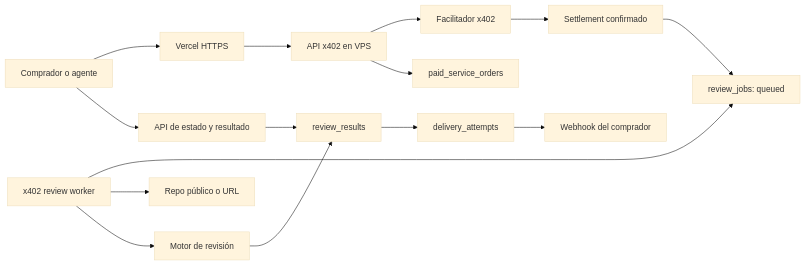
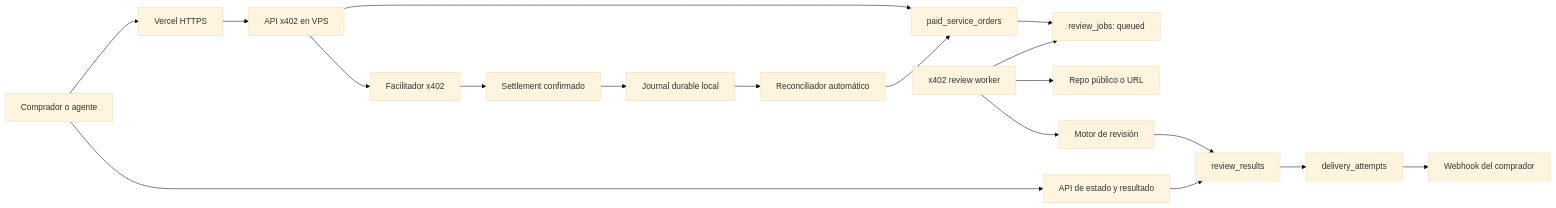
One commit to chico10117/basepay-readiness-service changed the diagram in AUTOMATED_REVIEW_PLAN.md. Above: the diagram before and after it, drawn with Mermaid (base theme). The commit also changed other lines of this file and 11 other files, not shown here.

First line of the commit message:
fix(settlement): add durable reconciliation

````diff
--- a/AUTOMATED_REVIEW_PLAN.md
+++ b/AUTOMATED_REVIEW_PLAN.md
@@ -92,17 +103,20 @@
 ```mermaid
 flowchart LR
     Buyer["Comprador o agente"] --> Vercel["Vercel HTTPS"]
     Vercel --> API["API x402 en VPS"]
     API --> Facilitator["Facilitador x402"]
     API --> Orders["paid_service_orders"]
     Facilitator --> Settlement["Settlement confirmado"]
-    Settlement --> Queue["review_jobs: queued"]
+    Settlement --> Journal["Journal durable local"]
+    Journal --> Reconciler["Reconciliador automático"]
+    Reconciler --> Orders
+    Orders --> Queue["review_jobs: queued"]
     Worker["x402 review worker"] --> Queue
     Worker --> Target["Repo público o URL"]
     Worker --> Agent["Motor de revisión"]
     Agent --> Results["review_results"]
     Results --> Delivery["delivery_attempts"]
     Delivery --> Webhook["Webhook del comprador"]
     Buyer --> Status["API de estado y resultado"]
     Status --> Results
 ```
````
